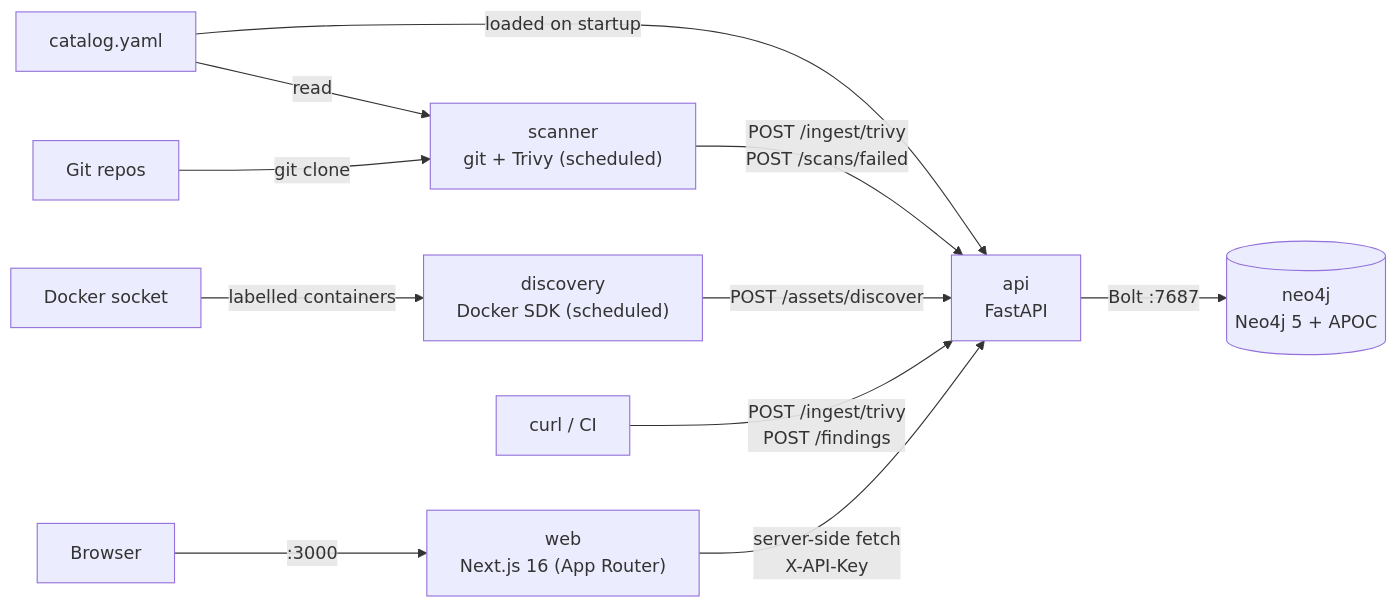
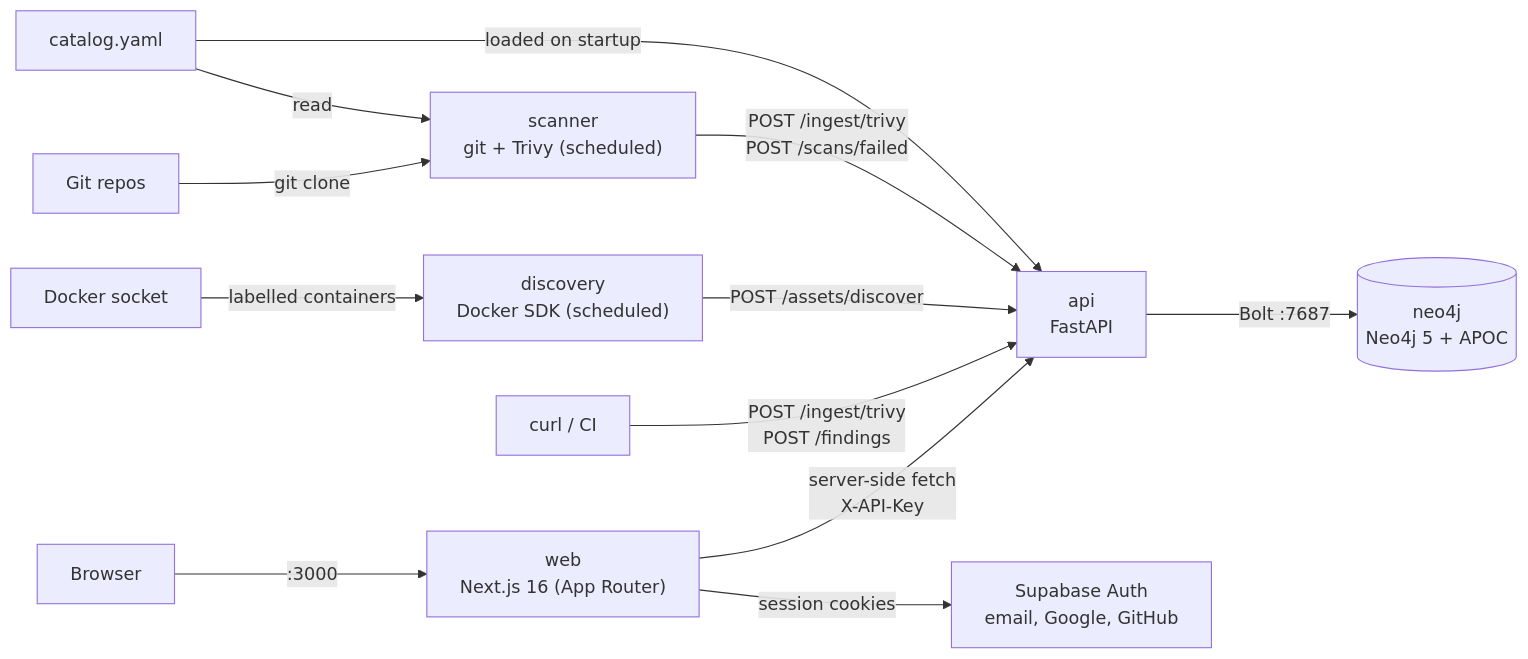
Before and after one commit to PatakiSubodh/ASPM: the diagram in README.md, drawn with Mermaid. The commit also changed other lines of this file, not shown here.

Commit message:
docs: document supabase login in readme

````diff
--- a/README.md
+++ b/README.md
@@ -9,13 +9,14 @@
 ```mermaid
 flowchart LR
     catalog["catalog.yaml"] -->|"read"| scanner
     catalog -->|"loaded on startup"| api
     github["Git repos"] -->|"git clone"| scanner
     scanner["scanner<br/>git + Trivy (scheduled)"] -->|"POST /ingest/trivy<br/>POST /scans/failed"| api
     docker["Docker socket"] -->|"labelled containers"| discovery["discovery<br/>Docker SDK (scheduled)"]
     discovery -->|"POST /assets/discover"| api
     manual["curl / CI"] -->|"POST /ingest/trivy<br/>POST /findings"| api
     browser["Browser"] -->|":3000"| web
+    web -->|"session cookies"| supabase["Supabase Auth<br/>email, Google, GitHub"]
     web["web<br/>Next.js 16 (App Router)"] -->|"server-side fetch<br/>X-API-Key"| api
     api["api<br/>FastAPI"] -->|"Bolt :7687"| db[("neo4j<br/>Neo4j 5 + APOC")]
 ```
````
